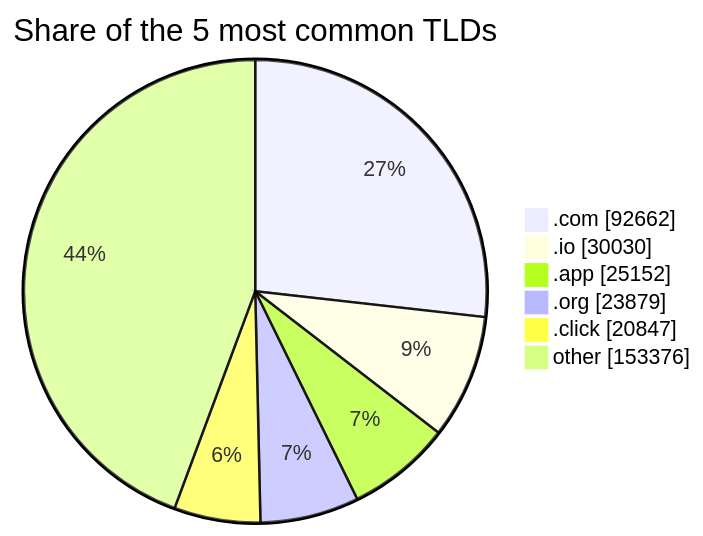
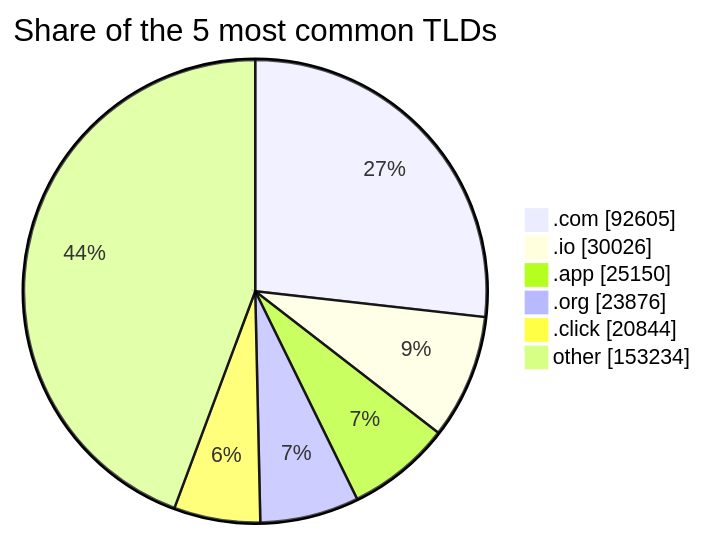
One commit to DNSBunker/CTI changed the third of 3 diagrams in README.md. Above: the diagram before and after it, drawn with Mermaid. The commit also changed other lines of this file and 4 other files, not shown here.

````diff
--- a/README.md
+++ b/README.md
@@ -81,9 +81,9 @@
 ```mermaid
 pie showData title Share of the 5 most common TLDs
-    ".com" : 92662
-    ".io" : 30030
-    ".app" : 25152
-    ".org" : 23879
-    ".click" : 20847
-    "other" : 153376
+    ".com" : 92605
+    ".io" : 30026
+    ".app" : 25150
+    ".org" : 23876
+    ".click" : 20844
+    "other" : 153234
 ```
````
